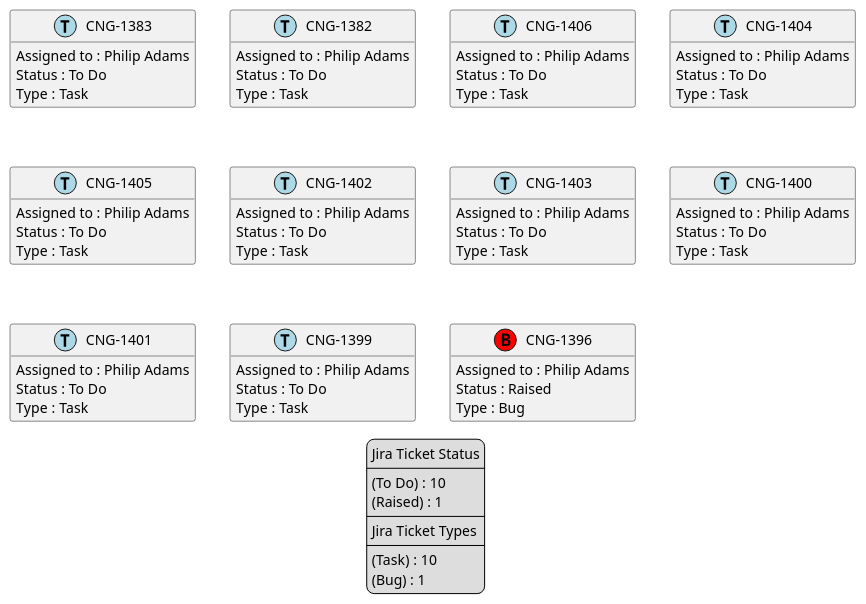
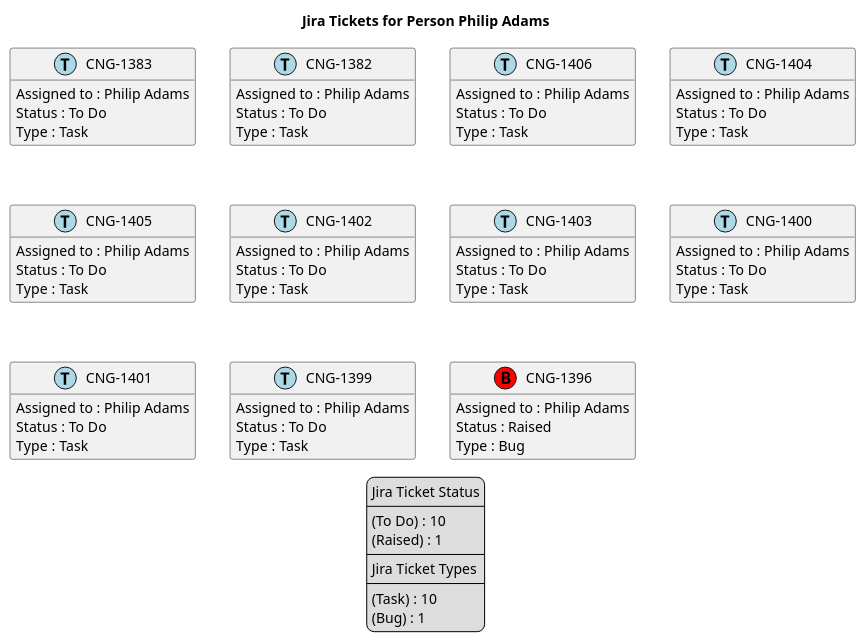
One commit to brunasti/jiraplotter changed the diagram in temp/jira-Person-Philip_Adams.puml. Above: the diagram before and after it, drawn with PlantUML. The commit also changed 67 other files, not shown here.

Commit message:
Adds title in diagrams

```diff
--- a/temp/jira-Person-Philip_Adams.puml
+++ b/temp/jira-Person-Philip_Adams.puml
@@ -1,94 +1,95 @@
 @startuml
 'https://plantuml.com/class-diagram
 
 ' GENERATE CLASS DIAGRAM ===========
-' Generated at    : Thu Apr 18 10:28:35 CEST 2024
+' Generated at    : Thu Apr 18 11:01:10 CEST 2024
 
+title Jira Tickets for Person Philip Adams
 hide empty members
 
 legend
 Jira Ticket Status
 ----
 (To Do) : 10
 (Raised) : 1
 ----
 Jira Ticket Types
 ----
 (Task) : 10
 (Bug) : 1
 end legend
 
 
 ' Tickets =======
 class "CNG-1383" << (T,lightblue) >> {
   Assigned to : Philip Adams
   Status : To Do
   Type : Task
 }
 
 class "CNG-1382" << (T,lightblue) >> {
   Assigned to : Philip Adams
   Status : To Do
   Type : Task
 }
 
 class "CNG-1406" << (T,lightblue) >> {
   Assigned to : Philip Adams
   Status : To Do
   Type : Task
 }
 
 class "CNG-1404" << (T,lightblue) >> {
   Assigned to : Philip Adams
   Status : To Do
   Type : Task
 }
 
 class "CNG-1405" << (T,lightblue) >> {
   Assigned to : Philip Adams
   Status : To Do
   Type : Task
 }
 
 class "CNG-1402" << (T,lightblue) >> {
   Assigned to : Philip Adams
   Status : To Do
   Type : Task
 }
 
 class "CNG-1403" << (T,lightblue) >> {
   Assigned to : Philip Adams
   Status : To Do
   Type : Task
 }
 
 class "CNG-1400" << (T,lightblue) >> {
   Assigned to : Philip Adams
   Status : To Do
   Type : Task
 }
 
 class "CNG-1401" << (T,lightblue) >> {
   Assigned to : Philip Adams
   Status : To Do
   Type : Task
 }
 
 class "CNG-1399" << (T,lightblue) >> {
   Assigned to : Philip Adams
   Status : To Do
   Type : Task
 }
 
 class "CNG-1396" << (B,red) >> {
   Assigned to : Philip Adams
   Status : Raised
   Type : Bug
 }
 
 
 
 ' Links =======
 
 
 @enduml
```
